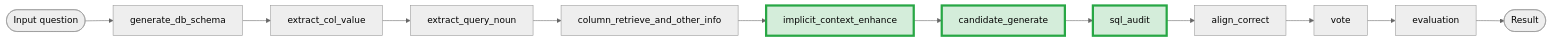
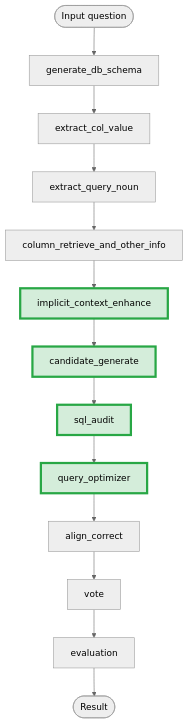
One commit to yizhang-unifr/OpenSearch-SQL changed the diagram in readme.md. Above: the diagram before and after it, drawn with Mermaid (neutral theme). The commit also changed other lines of this file and 11 other files, not shown here.

````diff
--- a/readme.md
+++ b/readme.md
@@ -13,16 +13,17 @@
 ```mermaid
-flowchart LR
+flowchart TD
     A([Input question]) --> B[generate_db_schema]
     B --> C[extract_col_value]
     C --> D[extract_query_noun]
     D --> E[column_retrieve_and_other_info]
     E --> F[implicit_context_enhance]:::enhanced
     F --> G[candidate_generate]:::enhanced
     G --> SA[sql_audit]:::enhanced
-    SA --> H[align_correct]
+    SA --> OPT[query_optimizer]:::enhanced
+    OPT --> H[align_correct]
     H --> I[vote]
     I --> J[evaluation]
     J --> K([Result])
 
     classDef enhanced fill:#d4edda,stroke:#28a745,stroke-width:4px,color:#000
 ```
````
